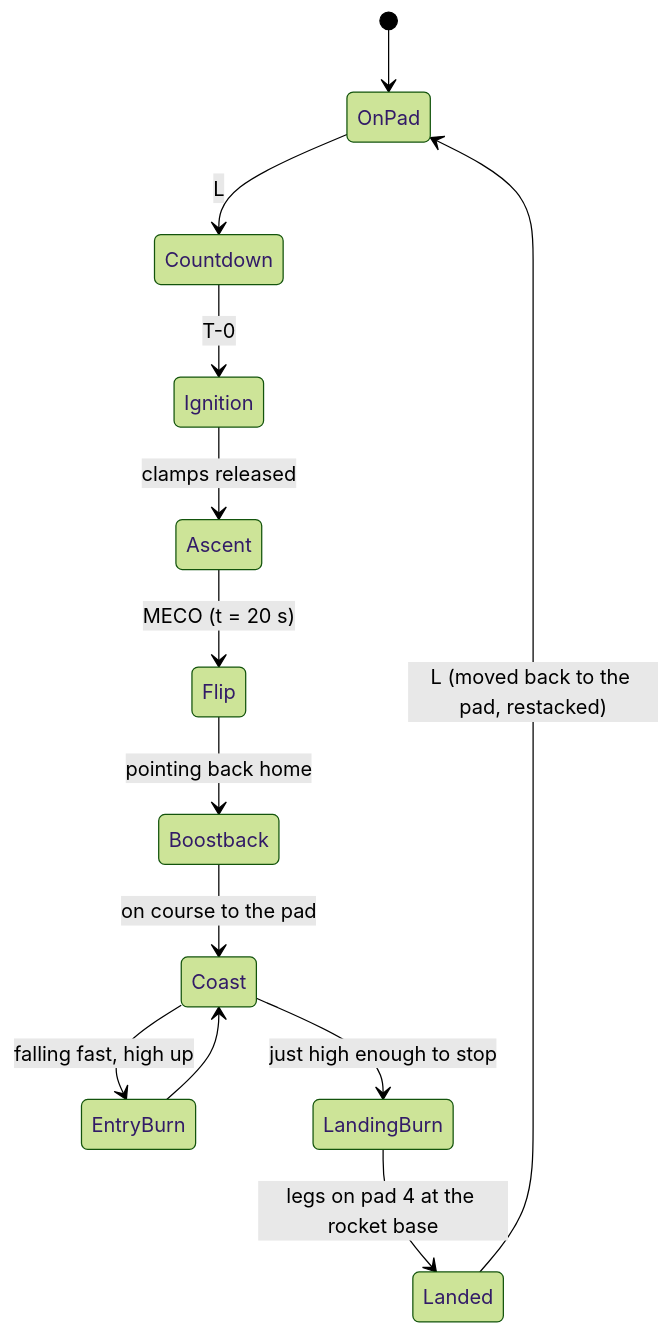
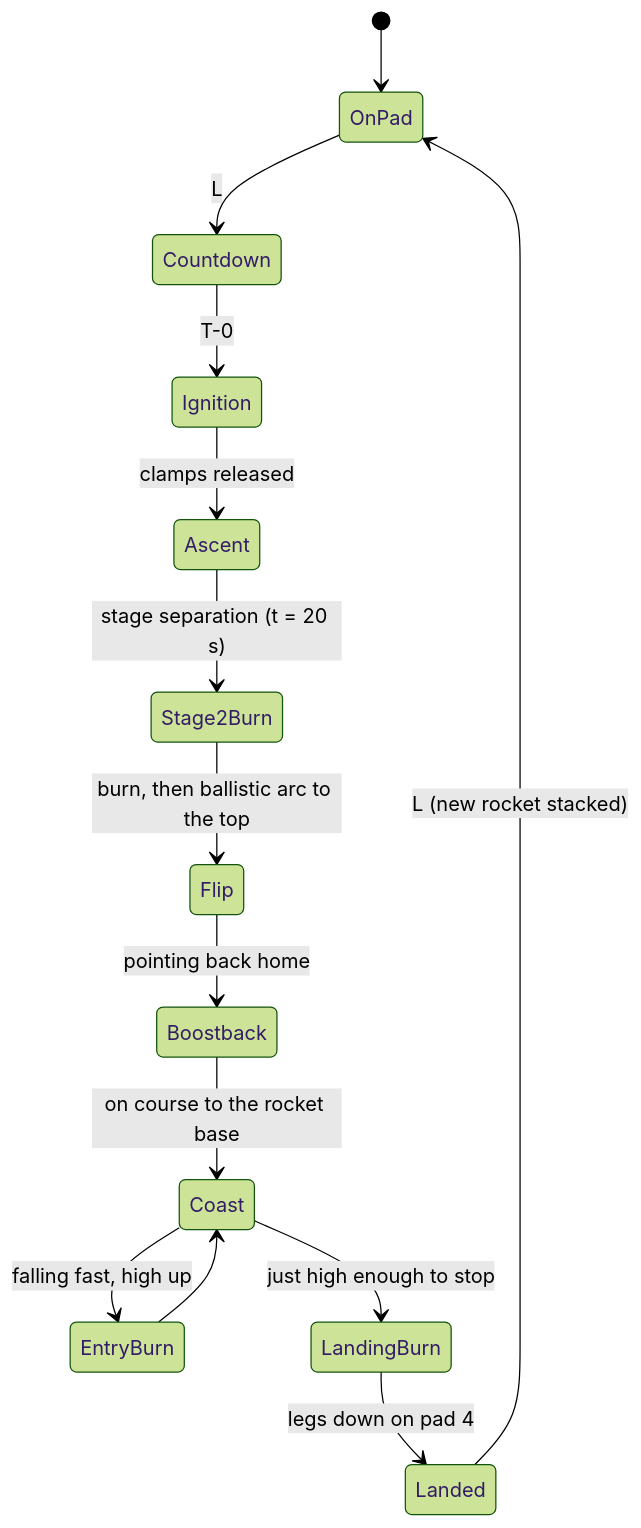
Before and after one commit to shishir-kuet/airport-atc-simulation-opengl: the fifth of 5 diagrams in README.md, drawn with Mermaid (forest theme). The commit also changed other lines of this file, not shown here.

First line of the commit message:
docs: describe the two-stage rocket and its return

````diff
--- a/README.md
+++ b/README.md
@@ -388,15 +388,16 @@
 ```mermaid
 stateDiagram-v2
     [*] --> OnPad
     OnPad --> Countdown: L
     Countdown --> Ignition: T-0
     Ignition --> Ascent: clamps released
-    Ascent --> Flip: MECO (t = 20 s)
+    Ascent --> Stage2Burn: stage separation (t = 20 s)
+    Stage2Burn --> Flip: burn, then ballistic arc to the top
     Flip --> Boostback: pointing back home
-    Boostback --> Coast: on course to the pad
+    Boostback --> Coast: on course to the rocket base
     Coast --> EntryBurn: falling fast, high up
     EntryBurn --> Coast
     Coast --> LandingBurn: just high enough to stop
-    LandingBurn --> Landed: legs on pad 4 at the rocket base
-    Landed --> OnPad: L (moved back to the pad, restacked)
+    LandingBurn --> Landed: legs down on pad 4
+    Landed --> OnPad: L (new rocket stacked)
 ```
````
